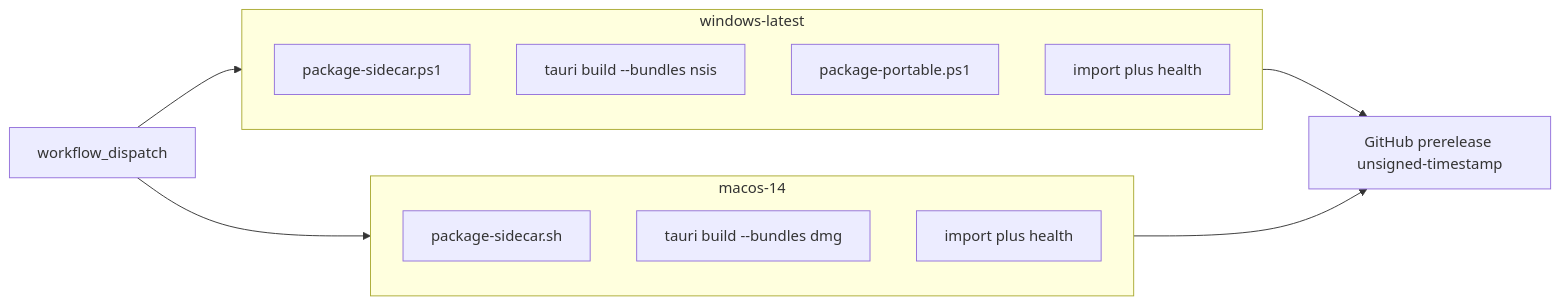
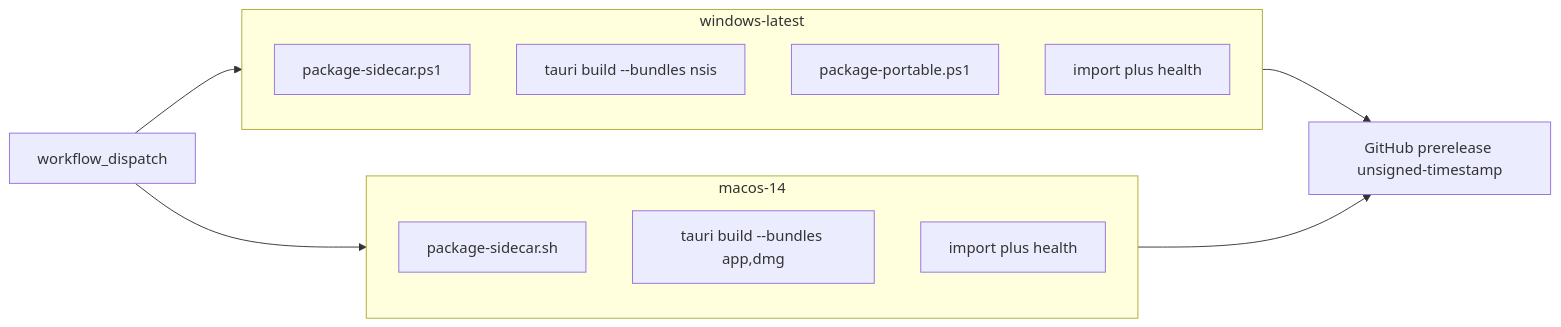
The diagram in docs/macos-packaging.md (pvanand07/deepagent-assistant), drawn with Mermaid before and after one commit. The commit also changed other lines of this file and 2 other files, not shown here.

First line of the commit message:
Fix macOS release updater artifacts by bundling app with dmg.

````diff
--- a/docs/macos-packaging.md
+++ b/docs/macos-packaging.md
@@ -55,20 +55,20 @@
 ```mermaid
 flowchart LR
   dispatch[workflow_dispatch]
   subgraph win [windows-latest]
     ps1[package-sidecar.ps1]
     nsis["tauri build --bundles nsis"]
     zip[package-portable.ps1]
     smokeW[import plus health]
   end
   subgraph mac [macos-14]
     sh[package-sidecar.sh]
-    dmg["tauri build --bundles dmg"]
+    dmg["tauri build --bundles app,dmg"]
     smokeM[import plus health]
   end
   release[GitHub prerelease unsigned-timestamp]
   dispatch --> win
   dispatch --> mac
   win --> release
   mac --> release
 ```
````
